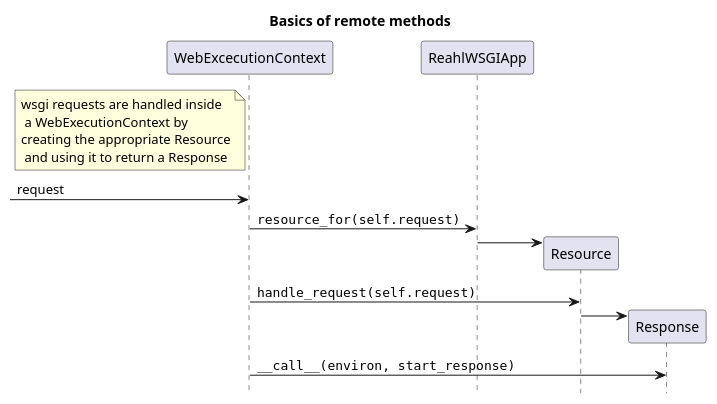
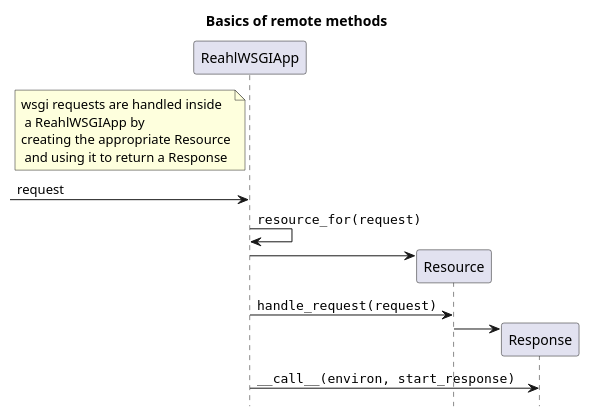
Before and after one commit to reahl/reahl: the diagram in reahl-web/reahl/web_dev/advanced/request_handling.puml, drawn with PlantUML. The commit also changed 87 other files, not shown here.

Commit message:
Refactored WebExecutionContext away; Changed the way ExecutionContext is installed in the call stack

```diff
--- a/reahl-web/reahl/web_dev/advanced/request_handling.puml
+++ b/reahl-web/reahl/web_dev/advanced/request_handling.puml
@@ -1,19 +1,19 @@
 @startuml
 
 title Basics of remote methods
 
 hide footbox
 
-note left of WebExcecutionContext: 	wsgi requests are handled inside\n a WebExecutionContext by \ncreating the appropriate Resource\n and using it to return a Response
+note left of ReahlWSGIApp: 	wsgi requests are handled inside\n a ReahlWSGIApp by \ncreating the appropriate Resource\n and using it to return a Response
 
 
--> WebExcecutionContext : request
-WebExcecutionContext -> ReahlWSGIApp : ""resource_for(self.request)""
+-> ReahlWSGIApp : request
+ReahlWSGIApp -> ReahlWSGIApp : ""resource_for(request)""
 create Resource
 ReahlWSGIApp -> Resource
-WebExcecutionContext -> Resource : ""handle_request(self.request)""
+ReahlWSGIApp -> Resource : ""handle_request(request)""
 create Response
 Resource -> Response
-WebExcecutionContext -> Response : ""~__call__(environ, start_response)""
+ReahlWSGIApp -> Response : ""~__call__(environ, start_response)""
 
 @enduml
```
